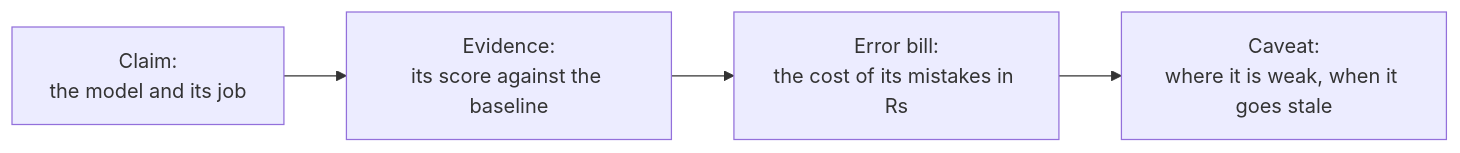
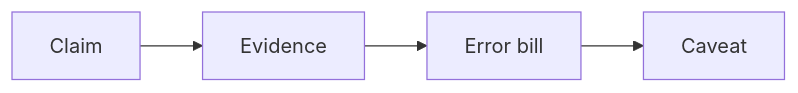
One commit to fde-academy-lab/c2-content-factory changed the fifth of 5 diagrams in content/W05/SAT/paper/C2_W05_SAT_recap_paper_STUDENT.md. Above: the diagram before and after it, drawn with Mermaid. The commit also changed other lines of this file and 10 other files, not shown here.

````diff
--- a/content/W05/SAT/paper/C2_W05_SAT_recap_paper_STUDENT.md
+++ b/content/W05/SAT/paper/C2_W05_SAT_recap_paper_STUDENT.md
@@ -394,6 +370,6 @@
 ```mermaid
 flowchart LR
-  C["Claim:<br/>the model and its job"] --> E["Evidence:<br/>its score against the baseline"]
-  E --> B["Error bill:<br/>the cost of its mistakes in Rs"]
-  B --> V["Caveat:<br/>where it is weak, when it goes stale"]
+  C["Claim"] --> E["Evidence"]
+  E --> B["Error bill"]
+  B --> V["Caveat"]
 ```
````
